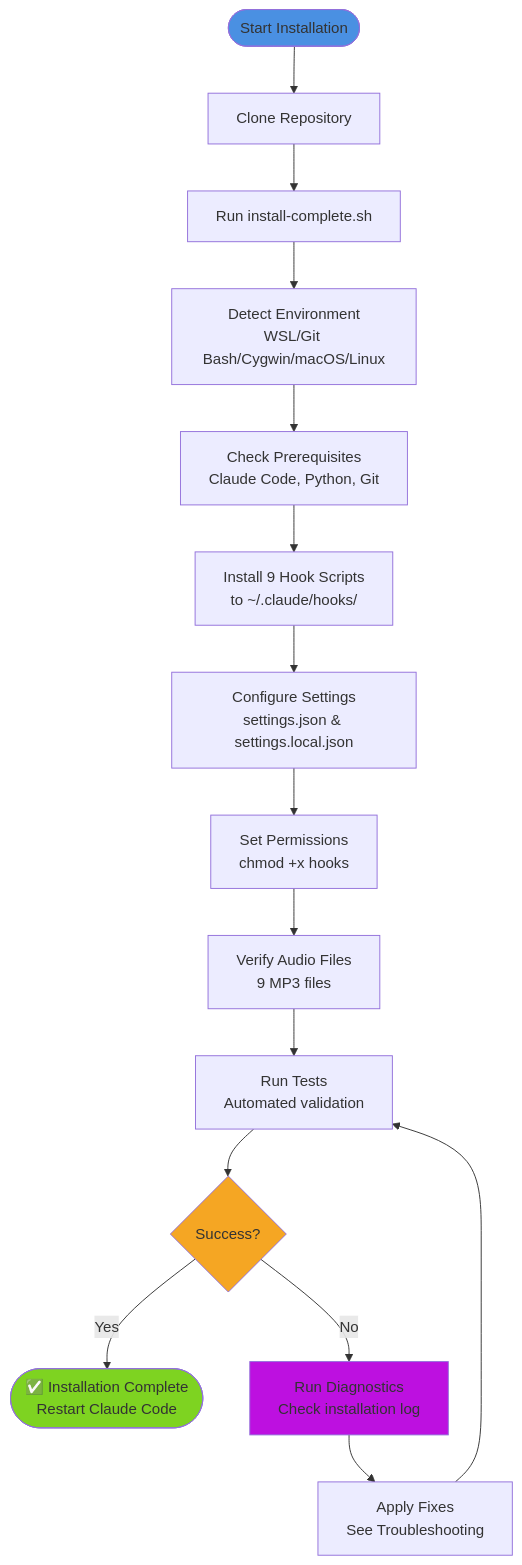
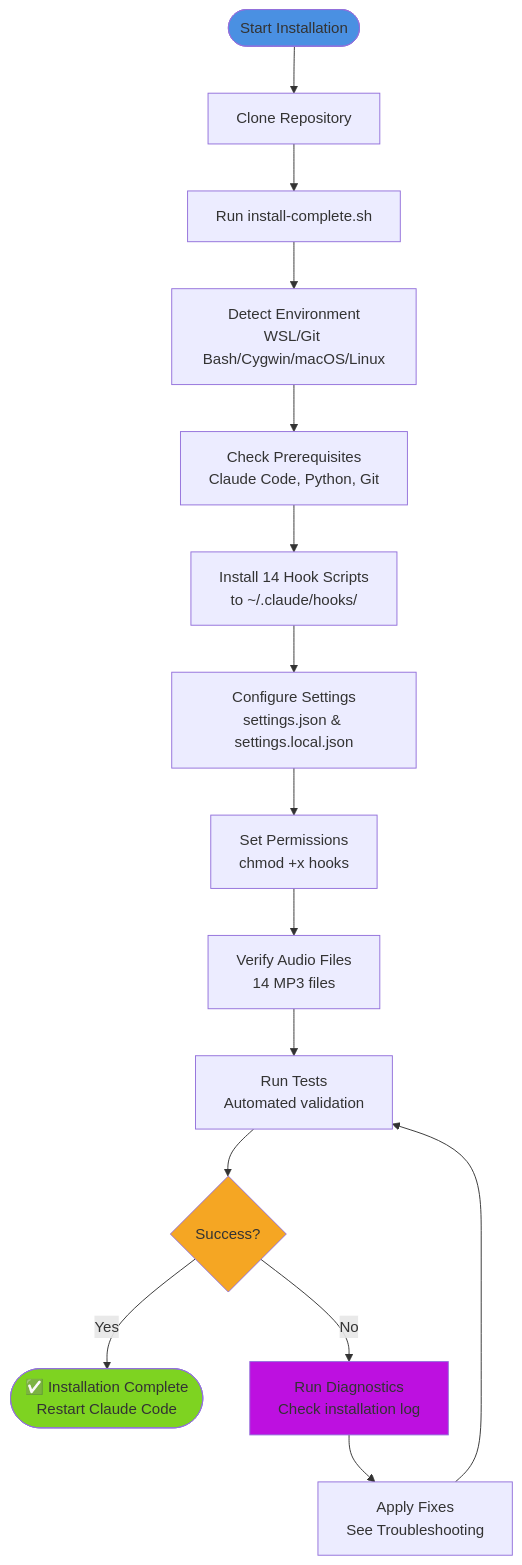
One commit to tozaki1545atebau/claude-code-audio-hooks changed the third of 5 diagrams in README.md. Above: the diagram before and after it, drawn with Mermaid. The commit also changed other lines of this file and 19 other files, not shown here.

````diff
--- a/README.md
+++ b/README.md
@@ -368,22 +368,23 @@
 ```mermaid
 flowchart TD
     Start([Start Installation]) --> Clone[Clone Repository]
     Clone --> Run[Run install-complete.sh]
     Run --> Detect[Detect Environment<br/>WSL/Git Bash/Cygwin/macOS/Linux]
     Detect --> Check[Check Prerequisites<br/>Claude Code, Python, Git]
-    Check --> Install[Install 9 Hook Scripts<br/>to ~/.claude/hooks/]
+    Check --> Install[Install 14 Hook Scripts<br/>to ~/.claude/hooks/]
     Install --> Config[Configure Settings<br/>settings.json & settings.local.json]
     Config --> Perms[Set Permissions<br/>chmod +x hooks]
-    Perms --> Audio[Verify Audio Files<br/>9 MP3 files]
+    Perms --> Audio[Verify Audio Files<br/>14 MP3 files]
     Audio --> Test[Run Tests<br/>Automated validation]
+
     Test --> Success{Success?}
     Success -->|Yes| Done([✅ Installation Complete<br/>Restart Claude Code])
     Success -->|No| Diagnose[Run Diagnostics<br/>Check installation log]
     Diagnose --> Fix[Apply Fixes<br/>See Troubleshooting]
     Fix --> Test
 
     style Start fill:#4A90E2
     style Done fill:#7ED321
     style Success fill:#F5A623
     style Diagnose fill:#BD10E0
 ```
````
